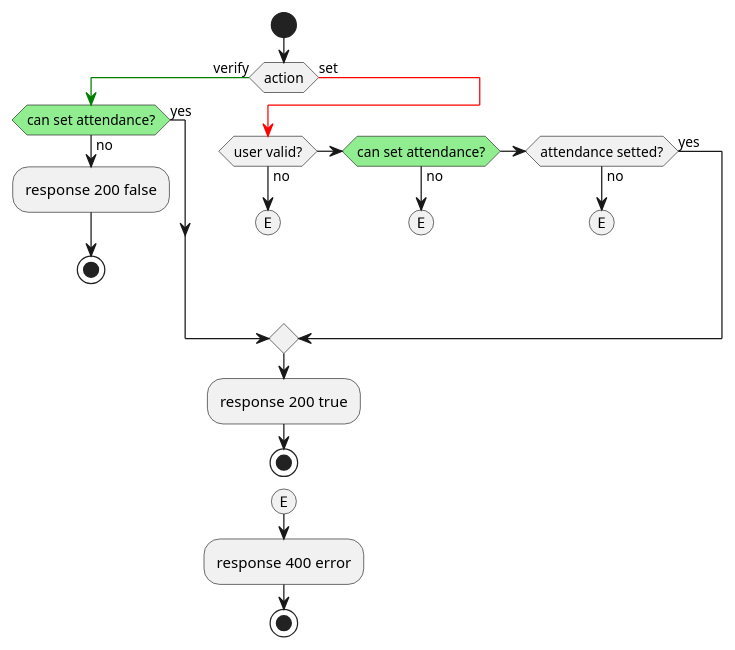
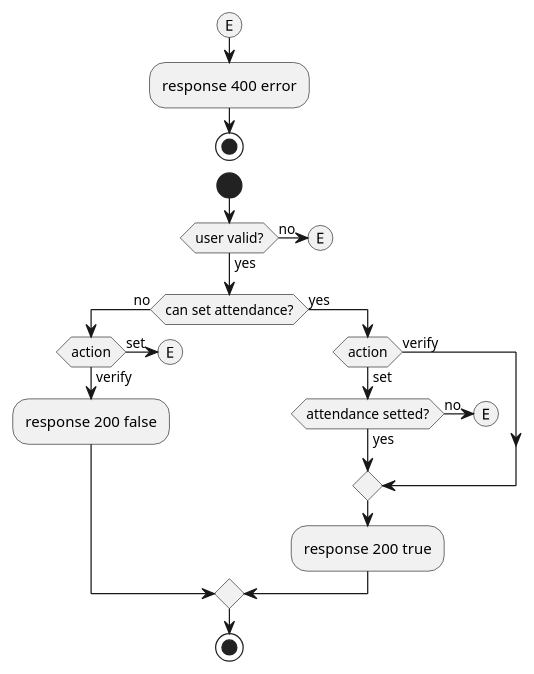
Before and after one commit to alex9446/soci-stage: the diagram in diagrams/attendances-function.plantuml, drawn with PlantUML.

Commit message:
fix diagram flow

```diff
--- a/diagrams/attendances-function.plantuml
+++ b/diagrams/attendances-function.plantuml
@@ -1,29 +1,31 @@
 @startuml attendances
-start
-if (action) then (verify)
-  -[#green]->
-  #lightgreen:if (can set attendance?) then (no)
-    :response 200 false;
-    stop
-  else (yes)
-  endif
-else (set)
-  -[#red]->
-  if (user valid?) then (no)
-    (E)
-    detach
-  #lightgreen:elseif (can set attendance?) then (no)
-    (E)
-    detach
-  elseif (attendance setted?) then (no)
-    (E)
-    detach
-  else (yes)
-  endif
-endif
-:response 200 true;
-stop
 (E)
 :response 400 error;
 stop
+
+start
+if (user valid?) then (no)
+  (E)
+  detach
+else (yes)
+endif
+if (can set attendance?) then (no)
+  if (action) then (set)
+    (E)
+    detach
+  else (verify)
+    :response 200 false;
+  endif
+else (yes)
+  if (action) then (set)
+    if (attendance setted?) then (no)
+      (E)
+      detach
+    else (yes)
+    endif
+  else (verify)
+  endif
+  :response 200 true;
+endif
+stop
 @enduml
```
